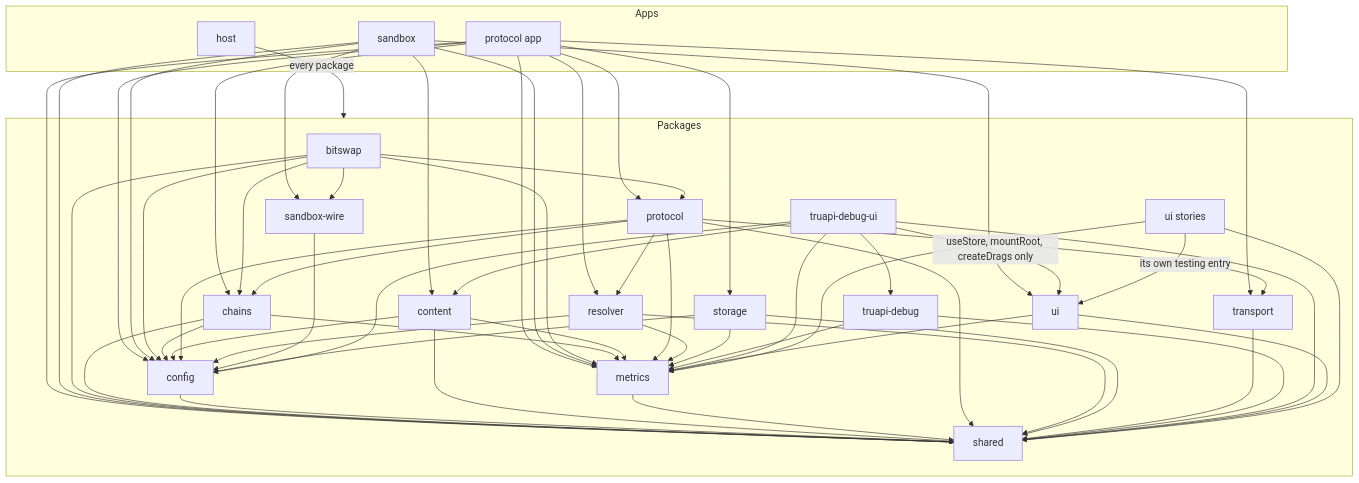
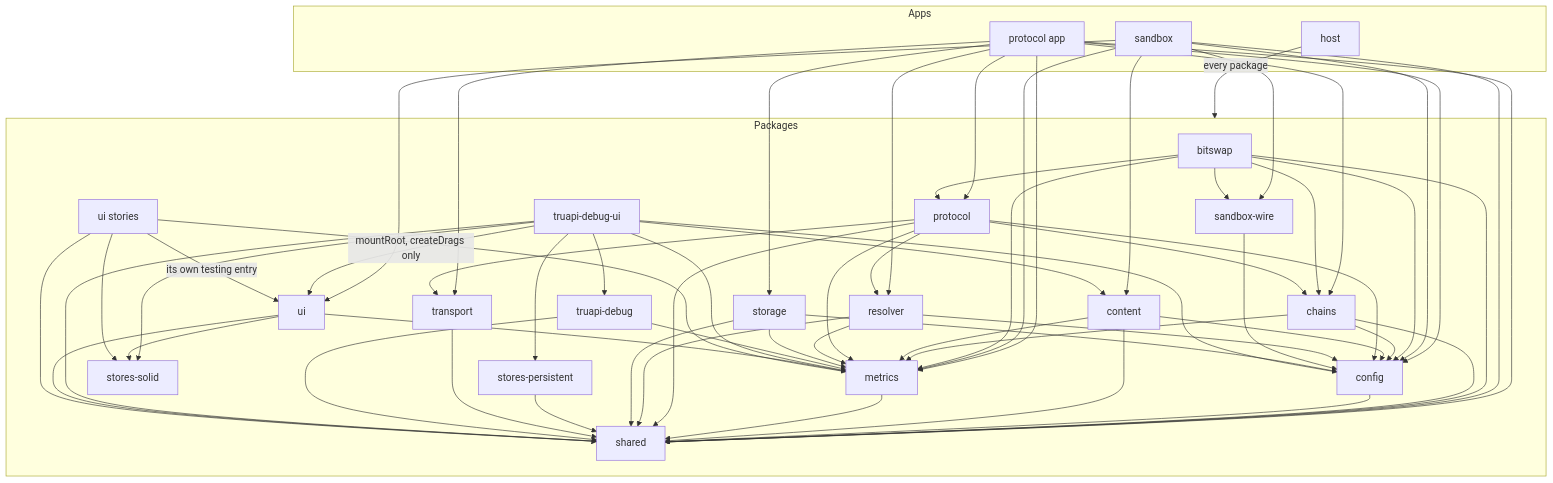
Before and after one commit to paritytech/dotli-community: the first of 2 diagrams in docs/code/placement.md, drawn with Mermaid. The commit also changed other lines of this file and 210 other files, not shown here.

````diff
--- a/docs/code/placement.md
+++ b/docs/code/placement.md
@@ -18,44 +18,48 @@
 ```mermaid
 flowchart TD
   subgraph apps [Apps]
     host[host]
     protocolApp[protocol app]
     sandbox[sandbox]
   end
   subgraph packages [Packages]
     bitswap[bitswap]
     chains[chains]
     config[config]
     content[content]
     metrics[metrics]
     protocol[protocol]
     resolver[resolver]
     sandboxWire[sandbox-wire]
     shared[shared]
     storage[storage]
+    storesPersistent[stores-persistent]
+    storesSolid[stores-solid]
     transport[transport]
     truapiDebug[truapi-debug]
     truapiDebugUi[truapi-debug-ui]
     ui[ui]
     uiStories[ui stories]
   end
   host -->|every package| packages
   protocolApp --> chains & config & metrics & protocol & resolver & shared & storage & transport
   sandbox --> config & content & metrics & sandboxWire & shared & ui
   bitswap --> chains & config & metrics & protocol & sandboxWire & shared
   chains --> config & metrics & shared
   config --> shared
   content --> config & metrics & shared
   metrics --> shared
   protocol --> chains & config & metrics & resolver & shared & transport
   resolver --> config & metrics & shared
   sandboxWire --> config
   storage --> config & metrics & shared
+  storesPersistent --> shared
   transport --> shared
   truapiDebug --> metrics & shared
   truapiDebugUi --> config & content & metrics & shared & truapiDebug
-  truapiDebugUi -->|useStore, mountRoot, createDrags only| ui
-  ui --> metrics & shared
-  uiStories --> metrics & shared
+  truapiDebugUi --> storesSolid & storesPersistent
+  truapiDebugUi -->|mountRoot, createDrags only| ui
+  ui --> metrics & shared & storesSolid
+  uiStories --> metrics & shared & storesSolid
   uiStories -->|its own testing entry| ui
 ```
````
